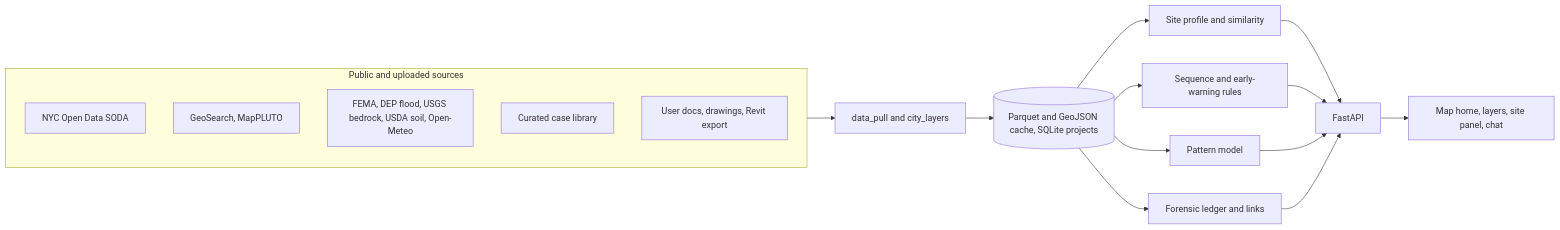
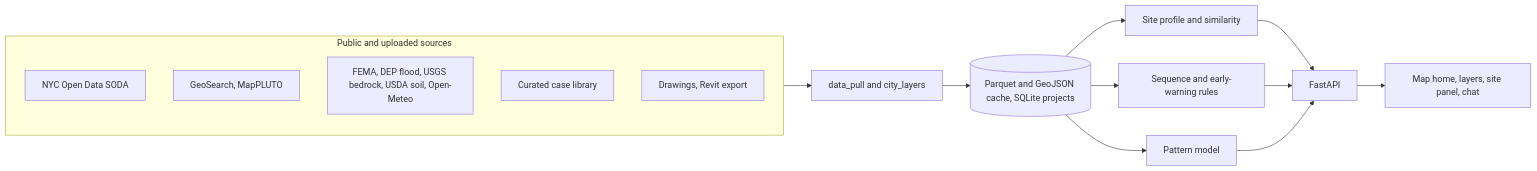
One commit to jkhari14/aec_hackathon_smart_plan changed the diagram in docs/foresite_build_plan.md. Above: the diagram before and after it, drawn with Mermaid. The commit also changed other lines of this file and 1 other file, not shown here.

````diff
--- a/docs/foresite_build_plan.md
+++ b/docs/foresite_build_plan.md
@@ -75,21 +71,19 @@
 ```mermaid
 flowchart LR
   subgraph sources [Public and uploaded sources]
     soda[NYC Open Data SODA]
     geo[GeoSearch, MapPLUTO]
     env[FEMA, DEP flood, USGS bedrock, USDA soil, Open-Meteo]
     cases[Curated case library]
-    uploads[User docs, drawings, Revit export]
+    uploads[Drawings, Revit export]
   end
   sources --> pull[data_pull and city_layers]
   pull --> store[(Parquet and GeoJSON cache, SQLite projects)]
   store --> profile[Site profile and similarity]
   store --> seq[Sequence and early-warning rules]
   store --> model[Pattern model]
-  store --> ledger[Forensic ledger and links]
   profile --> api[FastAPI]
   seq --> api
   model --> api
-  ledger --> api
   api --> web[Map home, layers, site panel, chat]
 ```
````
